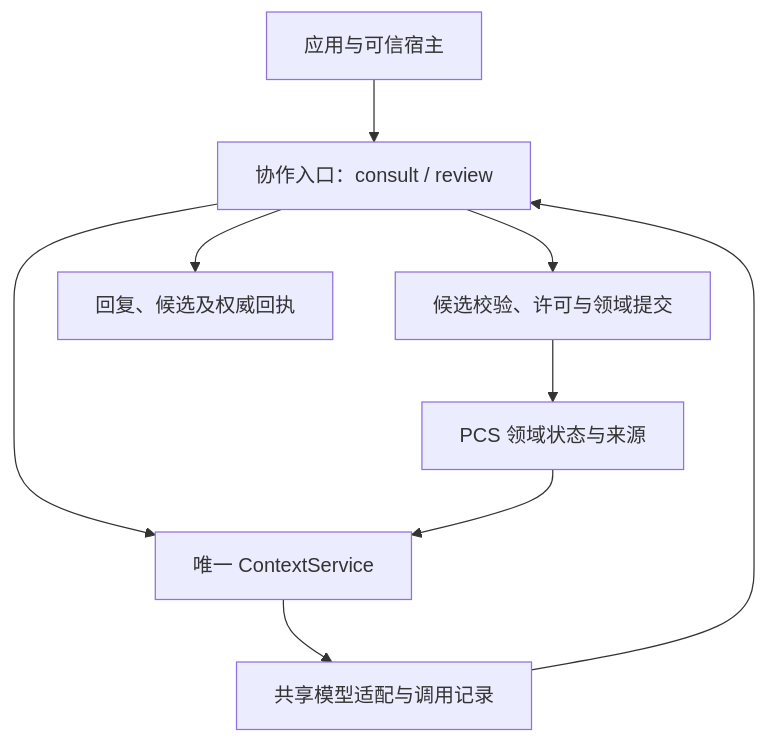
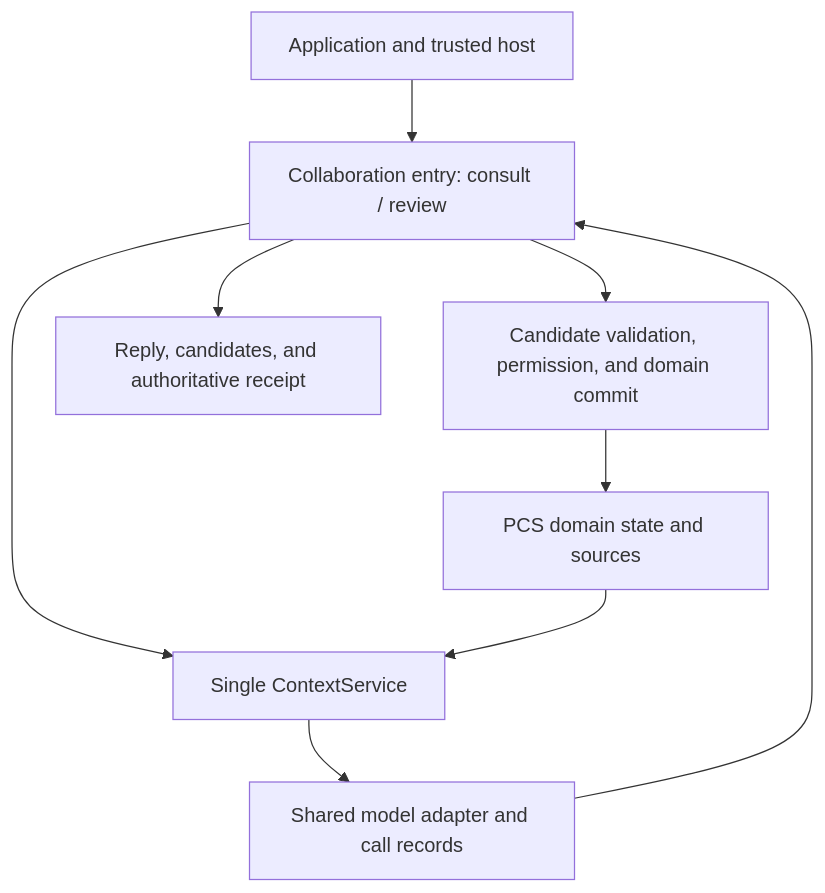
The second of 2 diagrams in ARCHITECTURE.md (YoAkaruTurtle/QUINTESSENCE), drawn with Mermaid before and after one commit. The commit also changed other lines of this file and 9 other files, not shown here.

````diff
--- a/ARCHITECTURE.md
+++ b/ARCHITECTURE.md
@@ -88,11 +92,11 @@
 ```mermaid
 flowchart TD
-    H["应用与可信宿主"] --> F["协作入口：consult / review"]
-    F --> C["唯一 ContextService"]
-    S["PCS 领域状态与来源"] --> C
-    C --> M["共享模型适配与调用记录"]
+    H["Application and trusted host"] --> F["Collaboration entry: consult / review"]
+    F --> C["Single ContextService"]
+    S["PCS domain state and sources"] --> C
+    C --> M["Shared model adapter and call records"]
     M --> F
-    F --> V["候选校验、许可与领域提交"]
+    F --> V["Candidate validation, permission, and domain commit"]
     V --> S
-    F --> R["回复、候选及权威回执"]
+    F --> R["Reply, candidates, and authoritative receipt"]
 ```
````
